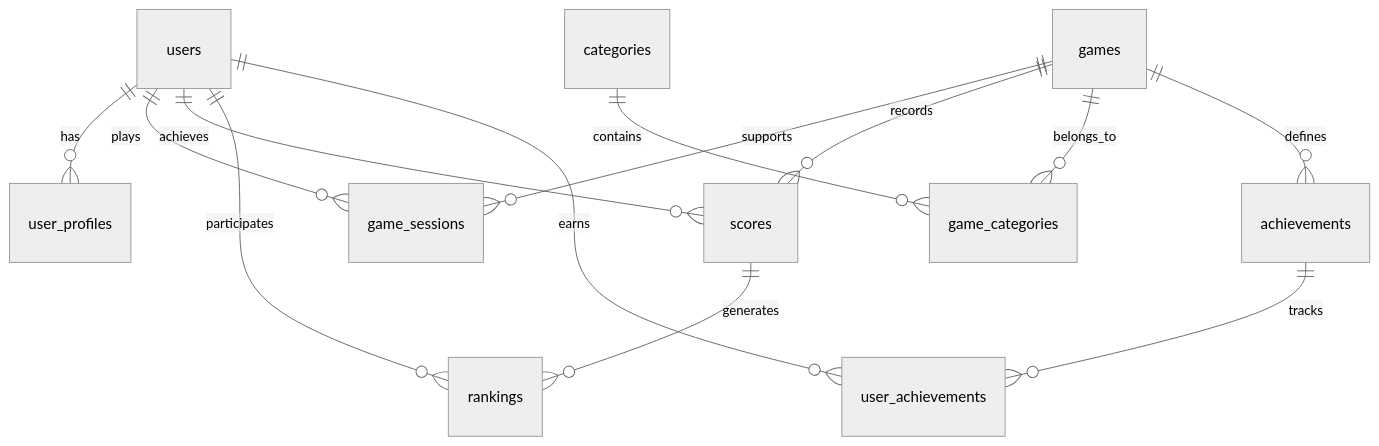
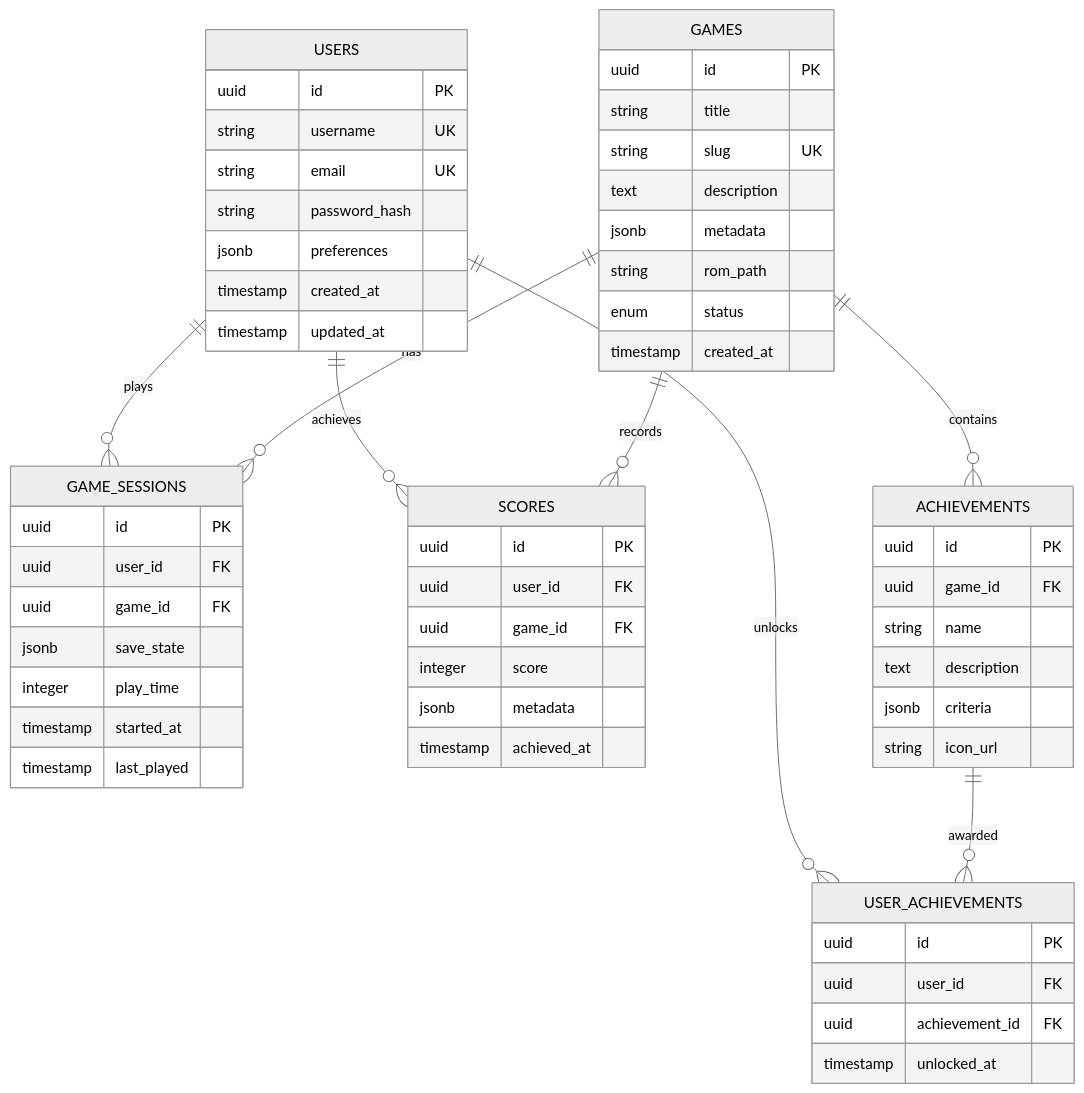
One commit to retrogamecloud/docs changed the diagram in infrastructure/database-complete.mdx. Above: the diagram before and after it, drawn with Mermaid (neutral theme). The commit also changed other lines of this file and 29 other files, not shown here.

````diff
--- a/infrastructure/database-complete.mdx
+++ b/infrastructure/database-complete.mdx
@@ -87,18 +106,66 @@
 ```mermaid
 erDiagram
-    users ||--o{ user_profiles : has
-    users ||--o{ game_sessions : plays
-    users ||--o{ scores : achieves
-    users ||--o{ rankings : participates
-    users ||--o{ user_achievements : earns
+    USERS {
+        uuid id PK
+        string username UK
+        string email UK
+        string password_hash
+        jsonb preferences
+        timestamp created_at
+        timestamp updated_at
+    }
     
-    games ||--o{ game_sessions : supports
-    games ||--o{ scores : records
-    games ||--o{ game_categories : belongs_to
-    games ||--o{ achievements : defines
+    GAMES {
+        uuid id PK
+        string title
+        string slug UK
+        text description
+        jsonb metadata
+        string rom_path
+        enum status
+        timestamp created_at
+    }
     
-    categories ||--o{ game_categories : contains
-    achievements ||--o{ user_achievements : tracks
+    GAME_SESSIONS {
+        uuid id PK
+        uuid user_id FK
+        uuid game_id FK
+        jsonb save_state
+        integer play_time
+        timestamp started_at
+        timestamp last_played
+    }
     
-    scores ||--o{ rankings : generates
+    SCORES {
+        uuid id PK
+        uuid user_id FK
+        uuid game_id FK
+        integer score
+        jsonb metadata
+        timestamp achieved_at
+    }
+    
+    ACHIEVEMENTS {
+        uuid id PK
+        uuid game_id FK
+        string name
+        text description
+        jsonb criteria
+        string icon_url
+    }
+    
+    USER_ACHIEVEMENTS {
+        uuid id PK
+        uuid user_id FK
+        uuid achievement_id FK
+        timestamp unlocked_at
+    }
+    
+    USERS ||--o{ GAME_SESSIONS : plays
+    USERS ||--o{ SCORES : achieves
+    USERS ||--o{ USER_ACHIEVEMENTS : unlocks
+    GAMES ||--o{ GAME_SESSIONS : has
+    GAMES ||--o{ SCORES : records
+    GAMES ||--o{ ACHIEVEMENTS : contains
+    ACHIEVEMENTS ||--o{ USER_ACHIEVEMENTS : awarded
 ```
````
